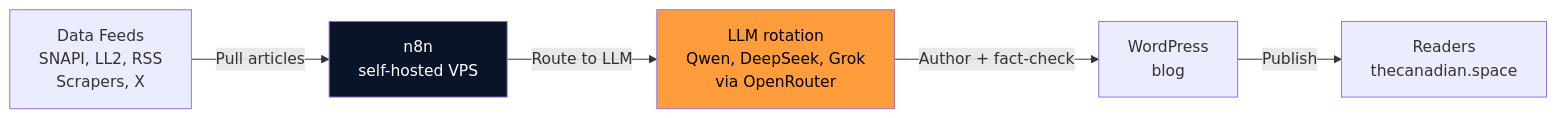
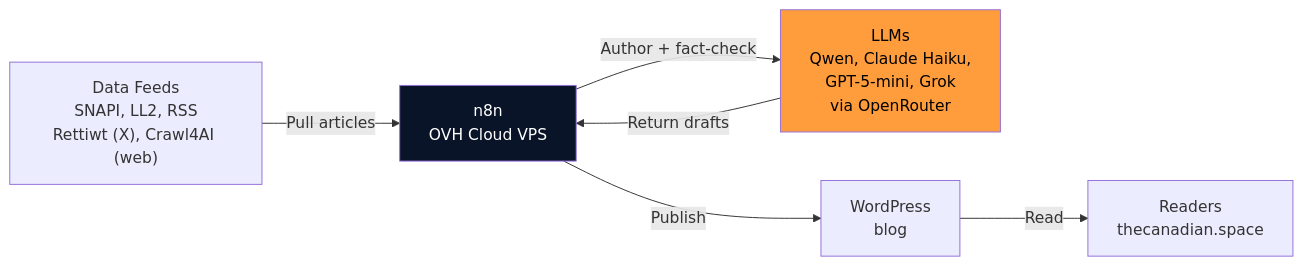
The diagram in docs/technology/index.md (The-Canadian-Space/tcs-public-wiki), drawn with Mermaid before and after one commit. The commit also changed other lines of this file and 7 other files, not shown here.

First line of the commit message:
docs: refresh AI model roster, name our scrapers, fix VPS host + infra diagram

````diff
--- a/docs/technology/index.md
+++ b/docs/technology/index.md
@@ -25,9 +25,10 @@
 ```mermaid
 graph LR
-    A["Data Feeds<br/>SNAPI, LL2, RSS<br/>Scrapers, X"] -->|"Pull articles"| B["n8n<br/>self-hosted VPS"]
-    B -->|"Route to LLM"| C["LLM rotation<br/>Qwen, DeepSeek, Grok<br/>via OpenRouter"]
-    C -->|"Author + fact-check"| D["WordPress<br/>blog"]
-    D -->|"Publish"| E["Readers<br/>thecanadian.space"]
+    A["Data Feeds<br/>SNAPI, LL2, RSS<br/>Rettiwt (X), Crawl4AI (web)"] -->|"Pull articles"| B["n8n<br/>OVH Cloud VPS"]
+    B -->|"Author + fact-check"| C["LLMs<br/>Qwen, Claude Haiku,<br/>GPT-5-mini, Grok<br/>via OpenRouter"]
+    C -->|"Return drafts"| B
+    B -->|"Publish"| D["WordPress<br/>blog"]
+    D -->|"Read"| E["Readers<br/>thecanadian.space"]
     style B fill:#0A1428,color:#fff
     style C fill:#FF9D3D,color:#000
 ```
````
